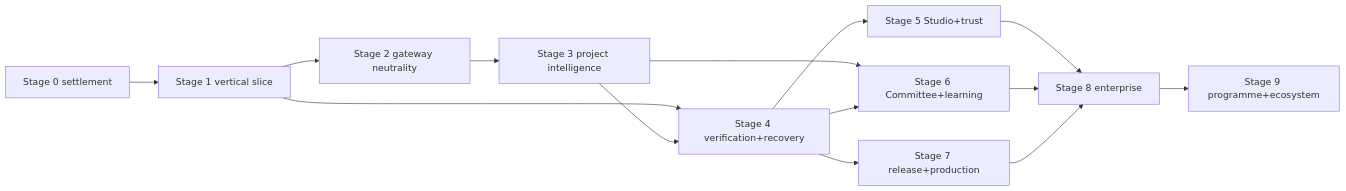
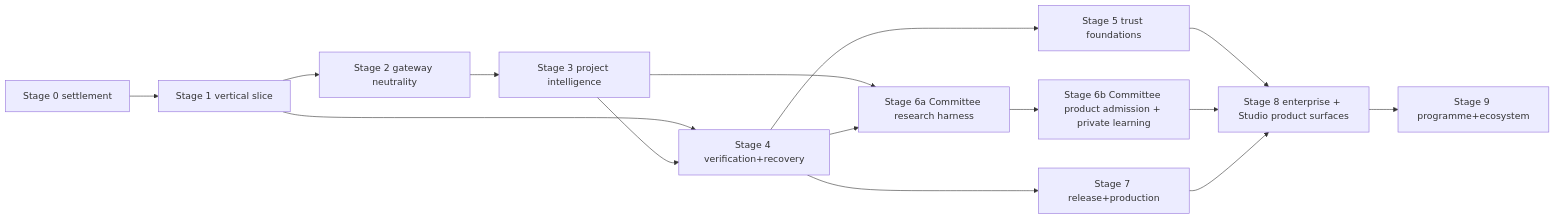
One commit to wepld/wepld changed the diagram in docs/strategy/WEPLD_Staged_Delivery_Roadmap.md. Above: the diagram before and after it, drawn with Mermaid. The commit also changed other lines of this file and 7 other files, not shown here.

````diff
--- a/docs/strategy/WEPLD_Staged_Delivery_Roadmap.md
+++ b/docs/strategy/WEPLD_Staged_Delivery_Roadmap.md
@@ -26,16 +26,17 @@
 ```mermaid
 flowchart LR
     S0[Stage 0 settlement] --> S1[Stage 1 vertical slice]
     S1 --> S2[Stage 2 gateway neutrality]
     S1 --> S4[Stage 4 verification+recovery]
     S2 --> S3[Stage 3 project intelligence]
     S3 --> S4
-    S4 --> S5[Stage 5 Studio+trust]
-    S3 --> S6[Stage 6 Committee+learning]
-    S4 --> S6
+    S4 --> S5[Stage 5 trust foundations]
+    S3 --> S6A[Stage 6a Committee research harness]
+    S4 --> S6A
+    S6A --> S6B[Stage 6b Committee product admission + private learning]
     S4 --> S7[Stage 7 release+production]
-    S5 --> S8[Stage 8 enterprise]
-    S6 --> S8
+    S5 --> S8[Stage 8 enterprise + Studio product surfaces]
+    S6B --> S8
     S7 --> S8
     S8 --> S9[Stage 9 programme+ecosystem]
 ```
````
